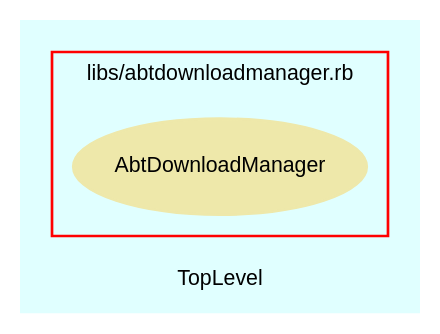
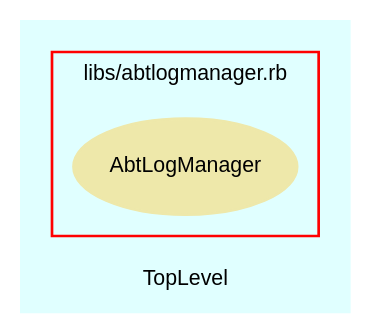
One commit to eschabell/abtlinux changed the diagram in src/trunk/doc/dot/f_1.dot. Above: the diagram before and after it, drawn with Graphviz. The commit also changed 16 other files, not shown here.

```diff
--- a/src/trunk/doc/dot/f_1.dot
+++ b/src/trunk/doc/dot/f_1.dot
@@ -1,28 +1,28 @@
 digraph TopLevel {
     compound = true
     bgcolor = lightcyan1
     fontname = Arial
     fontsize = 8
     label = "TopLevel"
     node [
         fontname = Arial,
         fontsize = 8,
         color = black
     ]
 
     subgraph cluster_2 {
         fontname = Arial
         color = red
-        label = "libs/abtdownloadmanager.rb"
-        AbtDownloadManager [
+        label = "libs/abtlogmanager.rb"
+        AbtLogManager [
             fontcolor = black,
-            URL = "classes/AbtDownloadManager.html",
+            URL = "classes/AbtLogManager.html",
             shape = ellipse,
             color = palegoldenrod,
             style = filled,
-            label = "AbtDownloadManager"
+            label = "AbtLogManager"
         ]
 
     }
 
 }
```
